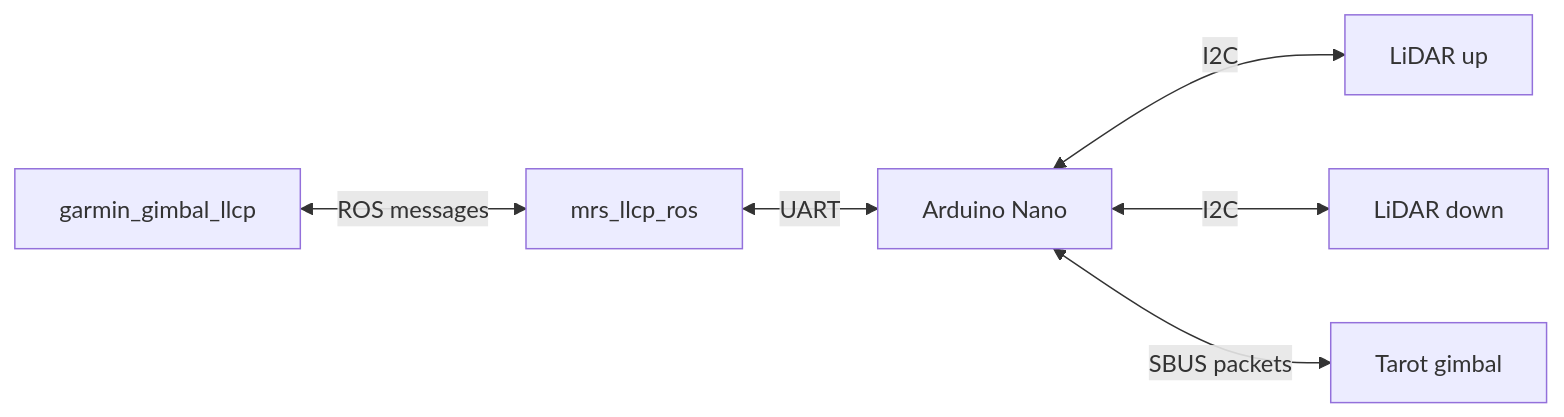
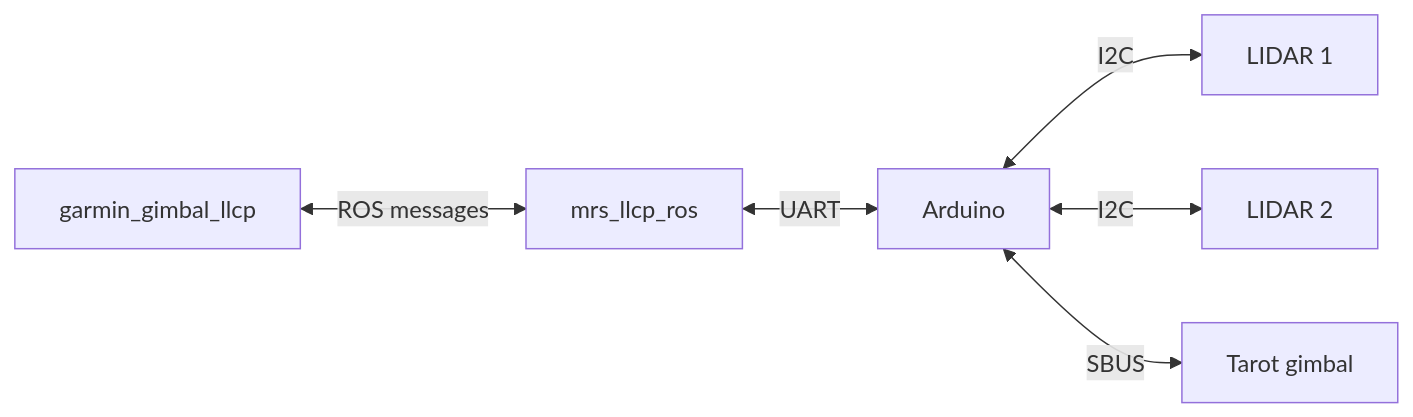
The diagram in README.md (ctu-mrs/mrs_garmin_and_gimbal_llcp), drawn with Mermaid before and after one commit. The commit also changed other lines of this file, not shown here.

````diff
--- a/README.md
+++ b/README.md
@@ -4,8 +6,8 @@
 ```mermaid
 flowchart LR
 A[garmin_gimbal_llcp] <-->|ROS messages| B[mrs_llcp_ros]
-B <-->|UART| C[Arduino Nano]
-C<-->|I2C|D[LiDAR up]
-C<-->|I2C|E[LiDAR down]
-C <-->|SBUS packets|F[Tarot gimbal]
+B <-->|UART| C[Arduino]
+C<-->|I2C|D[LIDAR 1]
+C<-->|I2C|E[LIDAR 2]
+C <-->|SBUS|F[Tarot gimbal]
 ```
````
